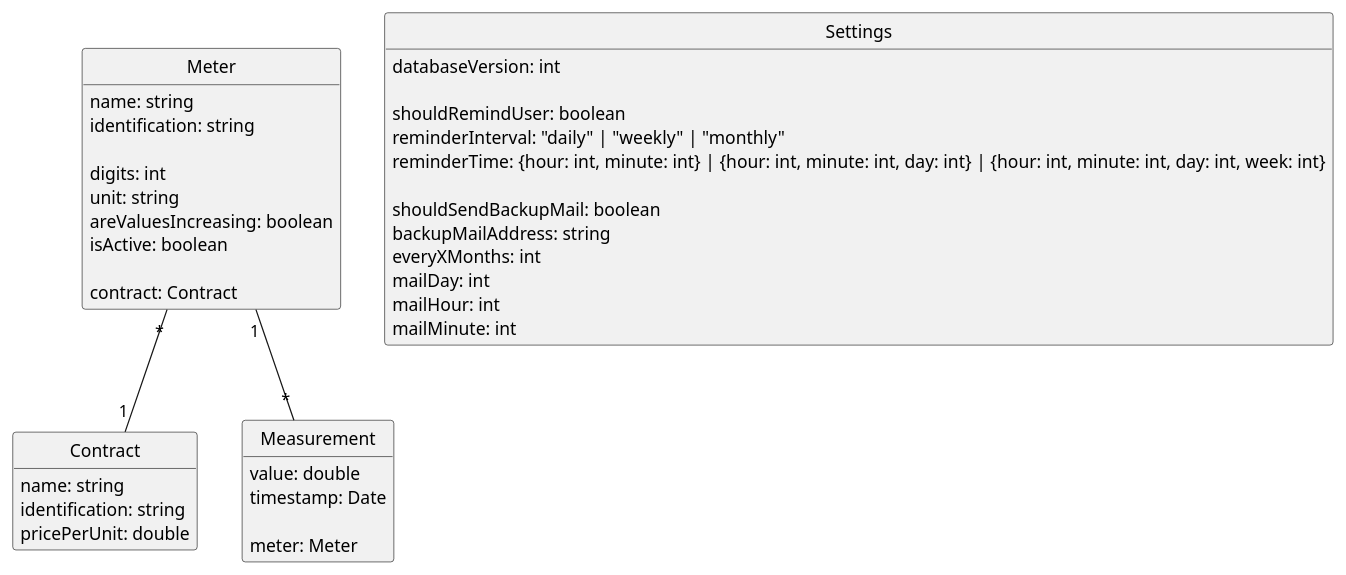
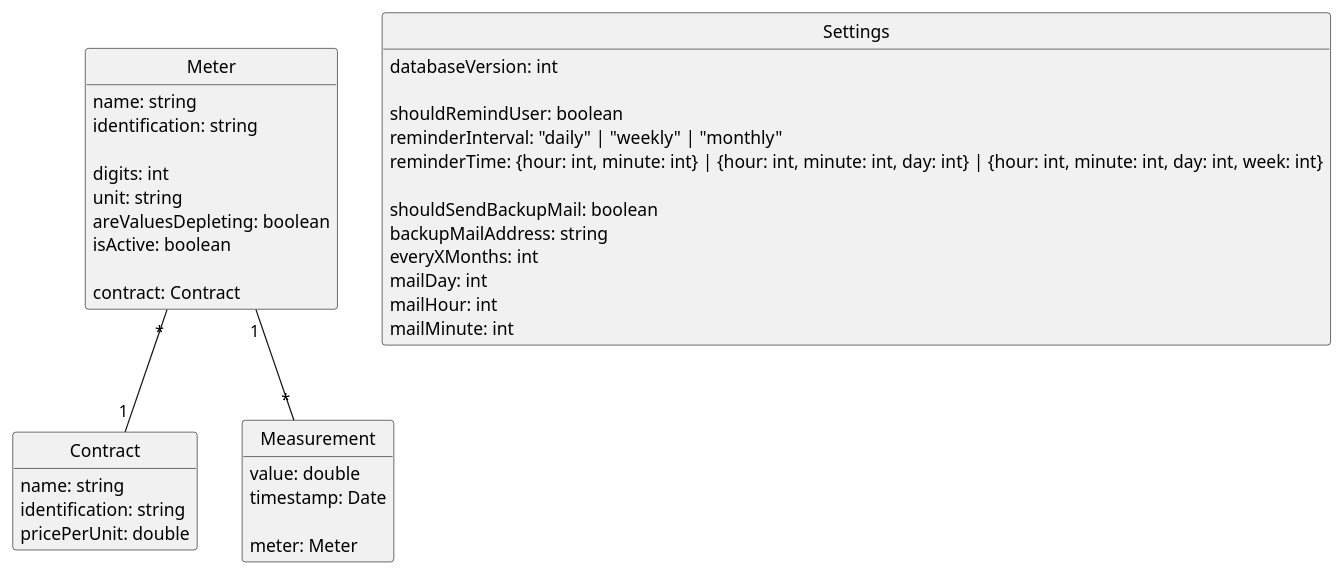
Before and after one commit to gutentag2012/meter-tracker: the diagram in docs/domain.puml, drawn with PlantUML. The commit also changed 65 other files, not shown here.

```diff
--- a/docs/domain.puml
+++ b/docs/domain.puml
@@ -1,54 +1,54 @@
 @startuml
 'https://plantuml.com/class-diagram
 
 hide circle
 hide empty members
 
 class Meter {
    name: string
    identification: string
 
    'Configuration
    digits: int
    unit: string
-   areValuesIncreasing: boolean
+   areValuesDepleting: boolean
    isActive: boolean
 
    'Foreign keys
    contract: Contract
 }
 
 class Contract {
    name: string
    identification: string
    pricePerUnit: double
 }
 
 Meter "*" -- "1" Contract
 
 class Measurement {
    value: double
    timestamp: Date
 
    'Foreign keys
    meter: Meter
 }
 
 Meter "1" -- "*" Measurement
 
 class Settings {
    databaseVersion: int
 
    shouldRemindUser: boolean
    reminderInterval: "daily" | "weekly" | "monthly"
    reminderTime: {hour: int, minute: int} | {hour: int, minute: int, day: int} | {hour: int, minute: int, day: int, week: int}
 
    shouldSendBackupMail: boolean
    backupMailAddress: string
    everyXMonths: int
    mailDay: int
    mailHour: int
    mailMinute: int
 }
 
 @enduml
```
